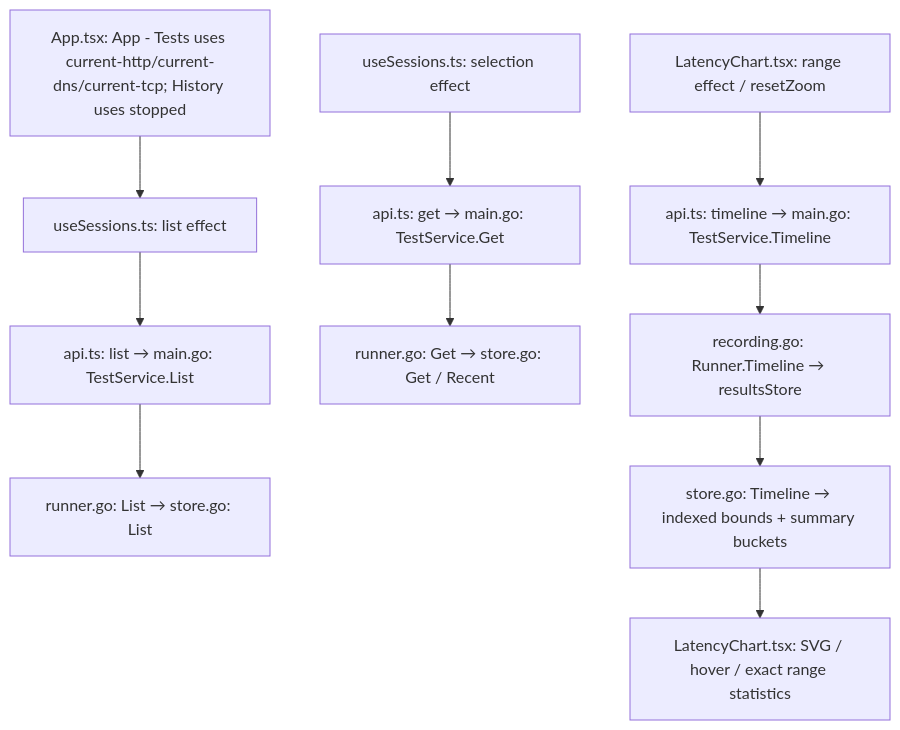
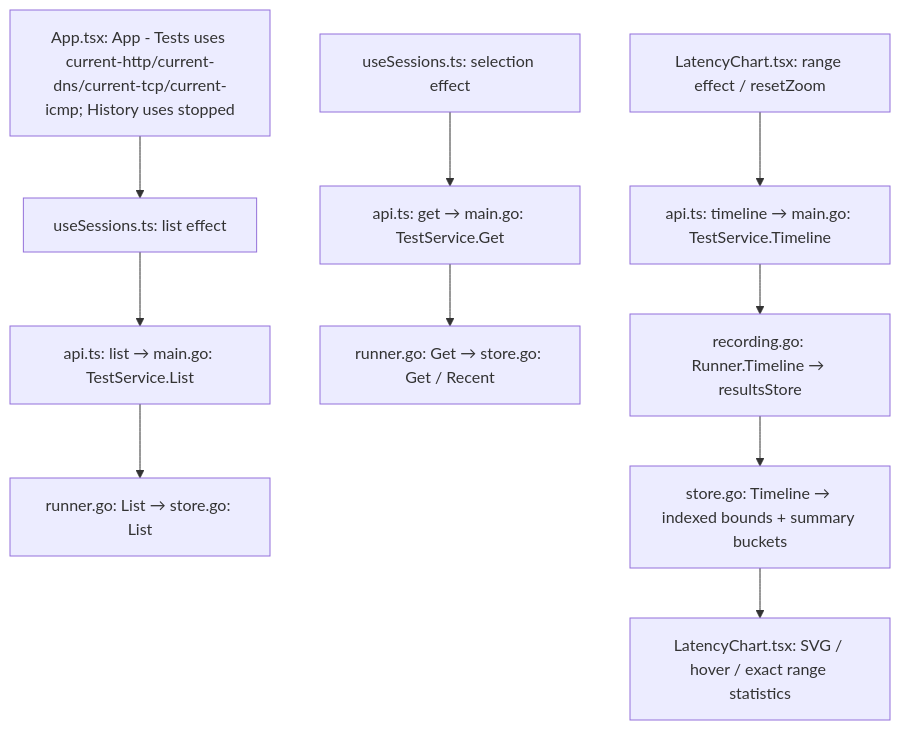
The second of 15 diagrams in docs/api_reference/desktop.md (djian01/nt_gui), drawn with Mermaid before and after one commit. The commit also changed other lines of this file and 86 other files, not shown here.

````diff
--- a/docs/api_reference/desktop.md
+++ b/docs/api_reference/desktop.md
@@ -70,12 +70,12 @@
 ```mermaid
 flowchart TD
-    T["App.tsx: App - Tests uses current-http/current-dns/current-tcp; History uses stopped"] --> A
+    T["App.tsx: App - Tests uses current-http/current-dns/current-tcp/current-icmp; History uses stopped"] --> A
     A["useSessions.ts: list effect"] --> B["api.ts: list → main.go: TestService.List"]
     B --> C["runner.go: List → store.go: List"]
     D["useSessions.ts: selection effect"] --> E["api.ts: get → main.go: TestService.Get"]
     E --> F["runner.go: Get → store.go: Get / Recent"]
     G["LatencyChart.tsx: range effect / resetZoom"] --> H["api.ts: timeline → main.go: TestService.Timeline"]
     H --> R["recording.go: Runner.Timeline → resultsStore"]
     R --> I["store.go: Timeline → indexed bounds + summary buckets"]
     I --> J["LatencyChart.tsx: SVG / hover / exact range statistics"]
 ```
````
